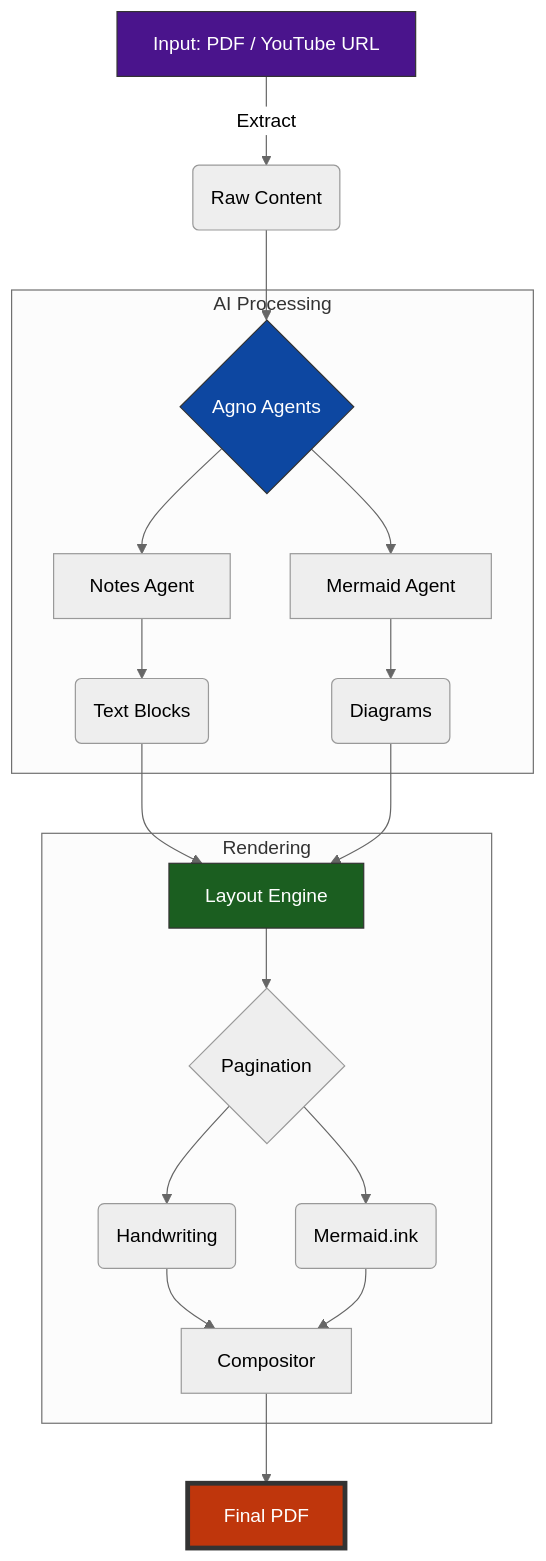
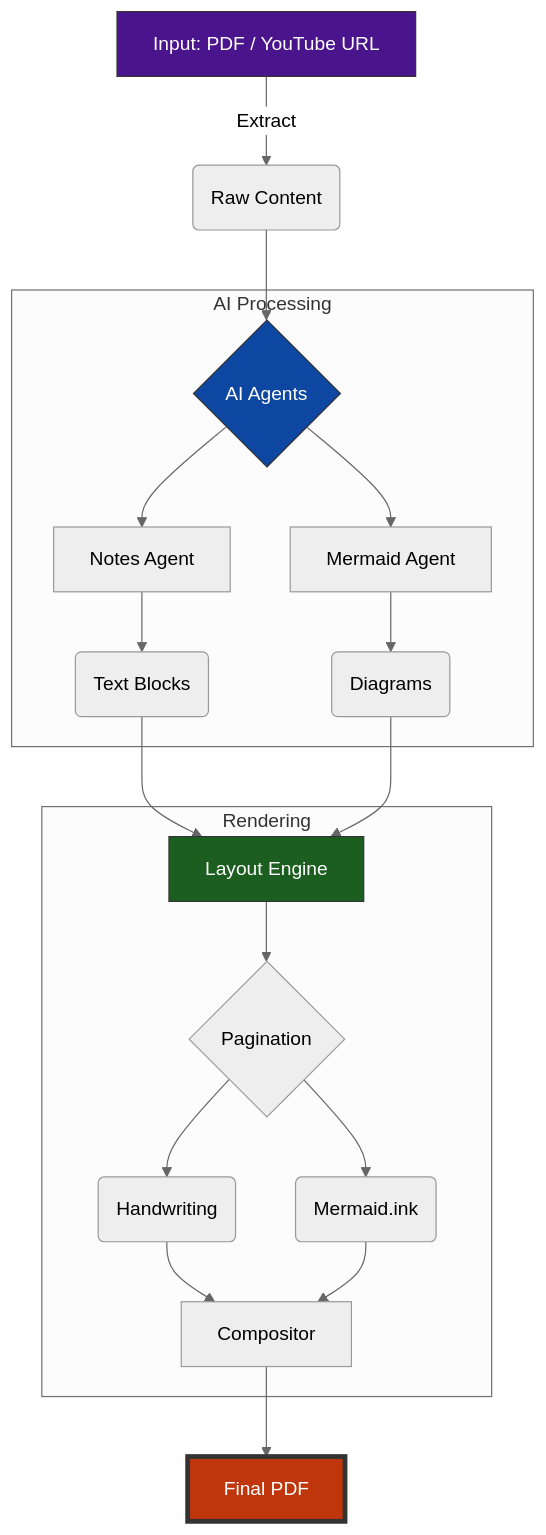
Before and after one commit to Manik0107/Text2Ink: the diagram in README.md, drawn with Mermaid (neutral theme).

Commit message:
Readme updated

````diff
--- a/README.md
+++ b/README.md
@@ -16,30 +16,30 @@
 ```mermaid
 graph TD
     A[Input: PDF / YouTube URL] --> |Extract| B(Raw Content)
-    B --> C{Agno Agents}
+    B --> C{AI Agents}
     
     subgraph "AI Processing"
         C --> D[Notes Agent]
         C --> E[Mermaid Agent]
         D --> F(Text Blocks)
         E --> G(Diagrams)
     end
     
     F --> H[Layout Engine]
     G --> H
     
     subgraph "Rendering"
         H --> I{Pagination}
         I --> J(Handwriting)
         I --> K(Mermaid.ink)
         J --> L[Compositor]
         K --> L
     end
     
     L --> M[Final PDF]
     
     style A fill:#4a148c,stroke:#333,color:#fff
     style C fill:#0d47a1,stroke:#333,color:#fff
     style H fill:#1b5e20,stroke:#333,color:#fff
     style M fill:#bf360c,stroke:#333,stroke-width:4px,color:#fff
 ```
````
